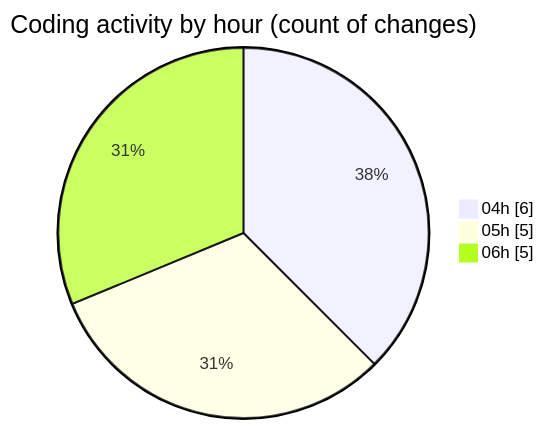
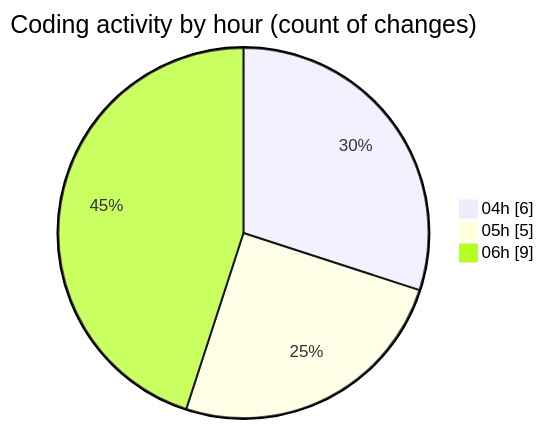
Before and after one commit to vahidmafi/code-tracking: the second of 2 diagrams in 2025-03-23/zeytoon/README.md, drawn with Mermaid. The commit also changed other lines of this file and 1 other file, not shown here.

````diff
--- a/2025-03-23/zeytoon/README.md
+++ b/2025-03-23/zeytoon/README.md
@@ -35,7 +35,7 @@
 ```mermaid
 pie showData
 title Coding activity by hour (count of changes)
 "04h" : 6
 "05h" : 5
-"06h" : 5
+"06h" : 9
 ```
````
